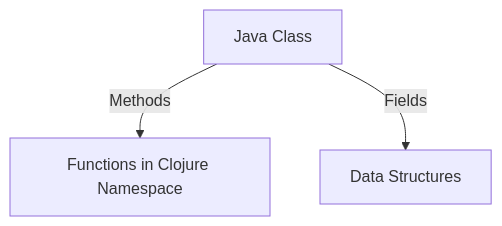
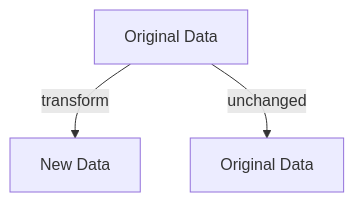
One commit to MasteryEducation/ClojureForJava.com changed the second of 2 diagrams in content/3/26/1/index.md. Above: the diagram before and after it, drawn with Mermaid. The commit also changed other lines of this file and 74 other files, not shown here.

````diff
--- a/content/3/26/1/index.md
+++ b/content/3/26/1/index.md
@@ -244,5 +259,5 @@
 ```mermaid
 graph TD;
-    A[Java Class] -->|Methods| B[Functions in Clojure Namespace]
-    A -->|Fields| C[Data Structures]
+    A[Original Data] -->|transform| B[New Data];
+    A -->|unchanged| C[Original Data];
 ```
````
